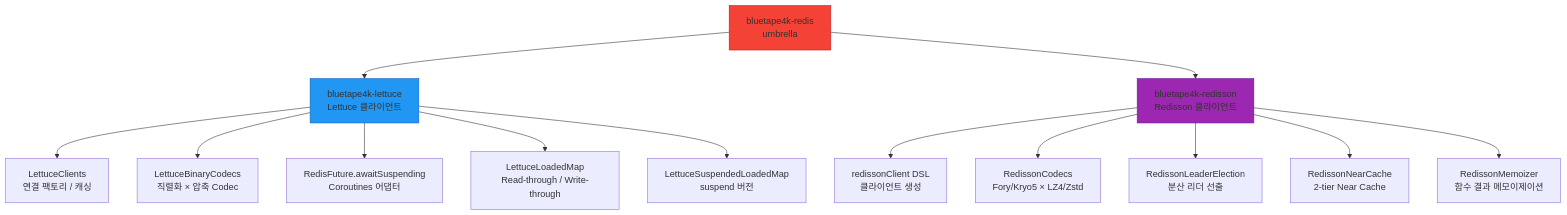
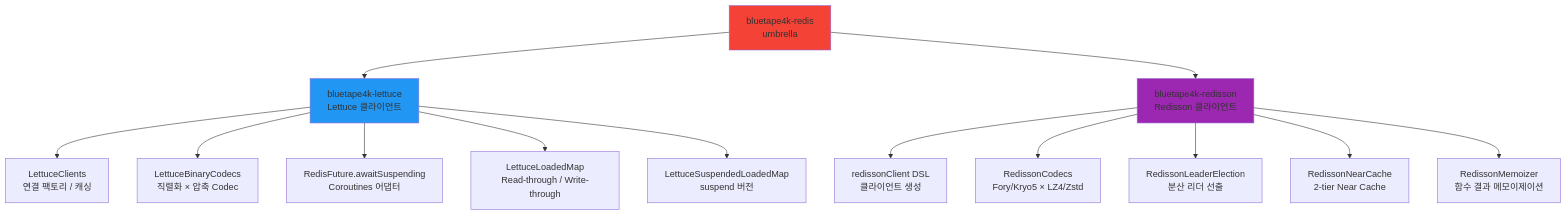
The first of 2 diagrams in infra/redis/README.md (bluetape4k/bluetape4k-projects), drawn with Mermaid before and after one commit. The commit also changed other lines of this file and 94 other files, not shown here.

First line of the commit message:
docs: Mermaid classDef에서 stroke:#색상 제거 (파서 오류 수정)

````diff
--- a/infra/redis/README.md
+++ b/infra/redis/README.md
@@ -109,21 +109,21 @@
 ```mermaid
 flowchart TD
     A[bluetape4k-redis<br/>umbrella] --> B[bluetape4k-lettuce<br/>Lettuce 클라이언트]
     A --> C[bluetape4k-redisson<br/>Redisson 클라이언트]
 
     B --> B1[LettuceClients<br/>연결 팩토리 / 캐싱]
     B --> B2[LettuceBinaryCodecs<br/>직렬화 × 압축 Codec]
     B --> B3[RedisFuture.awaitSuspending<br/>Coroutines 어댑터]
     B --> B4[LettuceLoadedMap<br/>Read-through / Write-through]
     B --> B5[LettuceSuspendedLoadedMap<br/>suspend 버전]
 
     C --> C1[redissonClient DSL<br/>클라이언트 생성]
     C --> C2[RedissonCodecs<br/>Fory/Kryo5 × LZ4/Zstd]
     C --> C3[RedissonLeaderElection<br/>분산 리더 선출]
     C --> C4[RedissonNearCache<br/>2-tier Near Cache]
     C --> C5[RedissonMemoizer<br/>함수 결과 메모이제이션]
 
-    style A fill:#F44336,stroke:#B71C1C
-    style B fill:#2196F3,stroke:#1565C0
-    style C fill:#9C27B0,stroke:#6A1B9A
+    style A fill:#F44336
+    style B fill:#2196F3
+    style C fill:#9C27B0
 ```
````
